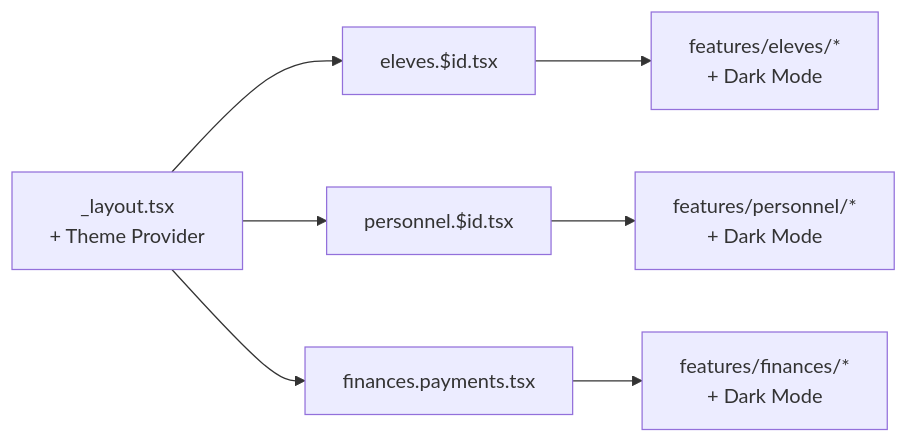
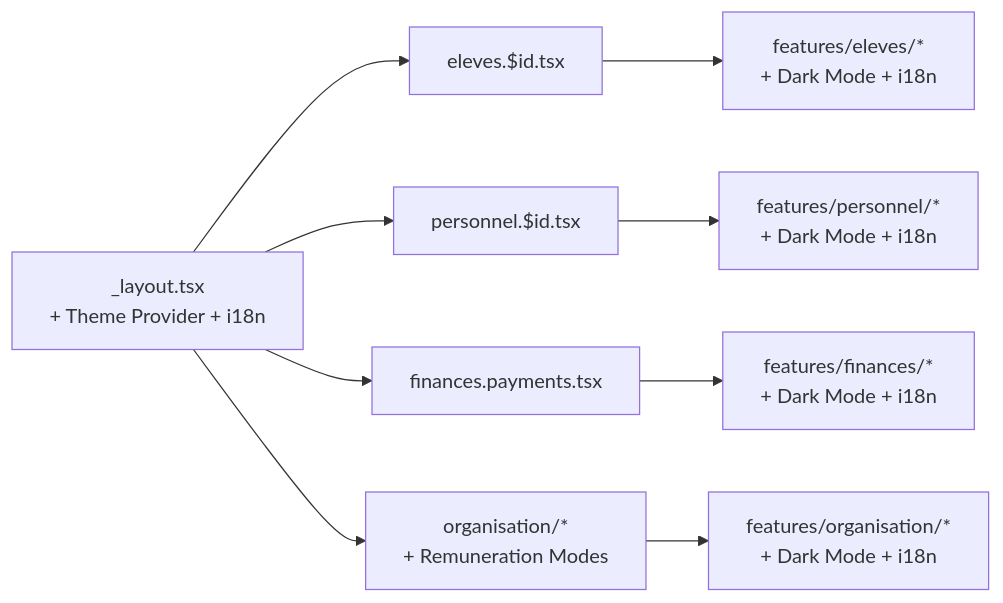
One commit to franckylab/eLISAschool changed the seventh of 10 diagrams in .qoder/repowiki/en/content/System Architecture/Frontend Architecture/Component Architecture/Feature-Specific Components.md. Above: the diagram before and after it, drawn with Mermaid. The commit also changed other lines of this file and 102 other files, not shown here.

````diff
--- a/.qoder/repowiki/en/content/System Architecture/Frontend Architecture/Component Architecture/Feature-Specific Components.md
+++ b/.qoder/repowiki/en/content/System Architecture/Frontend Architecture/Component Architecture/Feature-Specific Components.md
@@ -433,9 +456,11 @@
 ```mermaid
 graph LR
-Layout["_layout.tsx<br/>+ Theme Provider"] --> ElevesRoute["eleves.$id.tsx"]
+Layout["_layout.tsx<br/>+ Theme Provider + i18n"] --> ElevesRoute["eleves.$id.tsx"]
 Layout --> PersonnelRoute["personnel.$id.tsx"]
 Layout --> FinancesRoute["finances.payments.tsx"]
-ElevesRoute --> ElevesComp["features/eleves/*<br/>+ Dark Mode"]
-PersonnelRoute --> PersonnelComp["features/personnel/*<br/>+ Dark Mode"]
-FinancesRoute --> FinancesComp["features/finances/*<br/>+ Dark Mode"]
+Layout --> OrgRoute["organisation/*<br/>+ Remuneration Modes"]
+ElevesRoute --> ElevesComp["features/eleves/*<br/>+ Dark Mode + i18n"]
+PersonnelRoute --> PersonnelComp["features/personnel/*<br/>+ Dark Mode + i18n"]
+FinancesRoute --> FinancesComp["features/finances/*<br/>+ Dark Mode + i18n"]
+OrgRoute --> OrgComp["features/organisation/*<br/>+ Dark Mode + i18n"]
 ```
````
